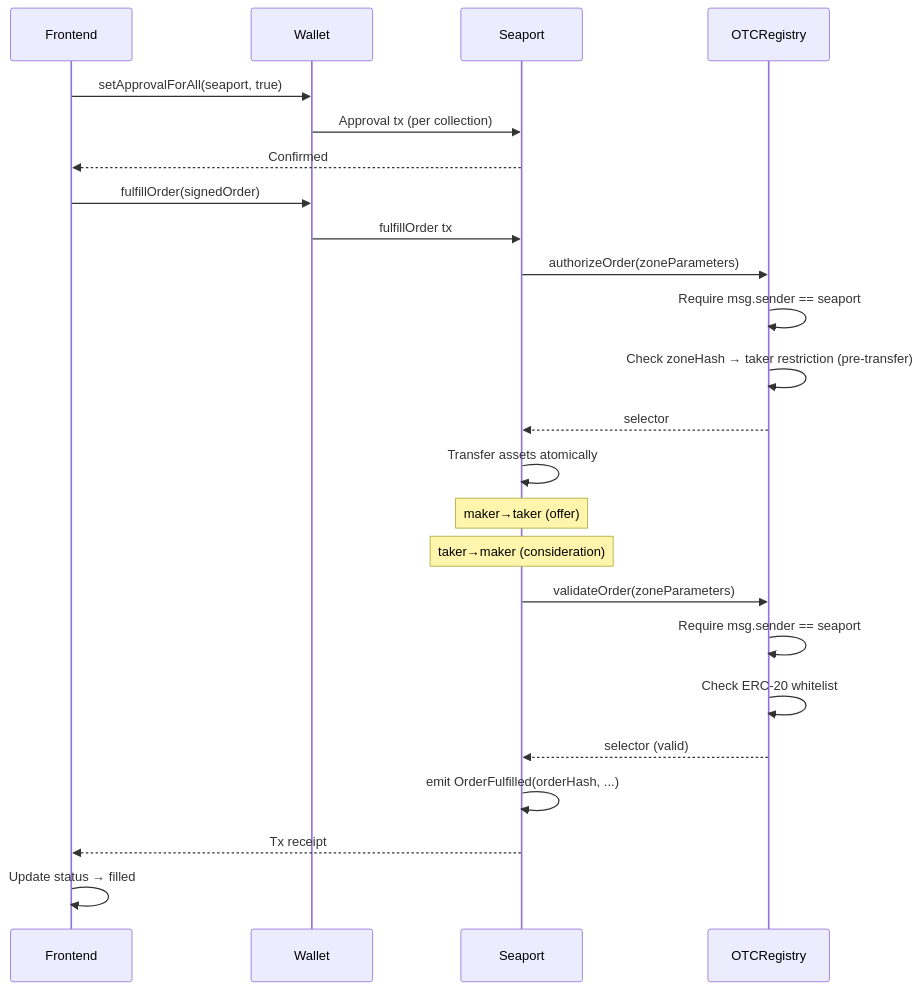
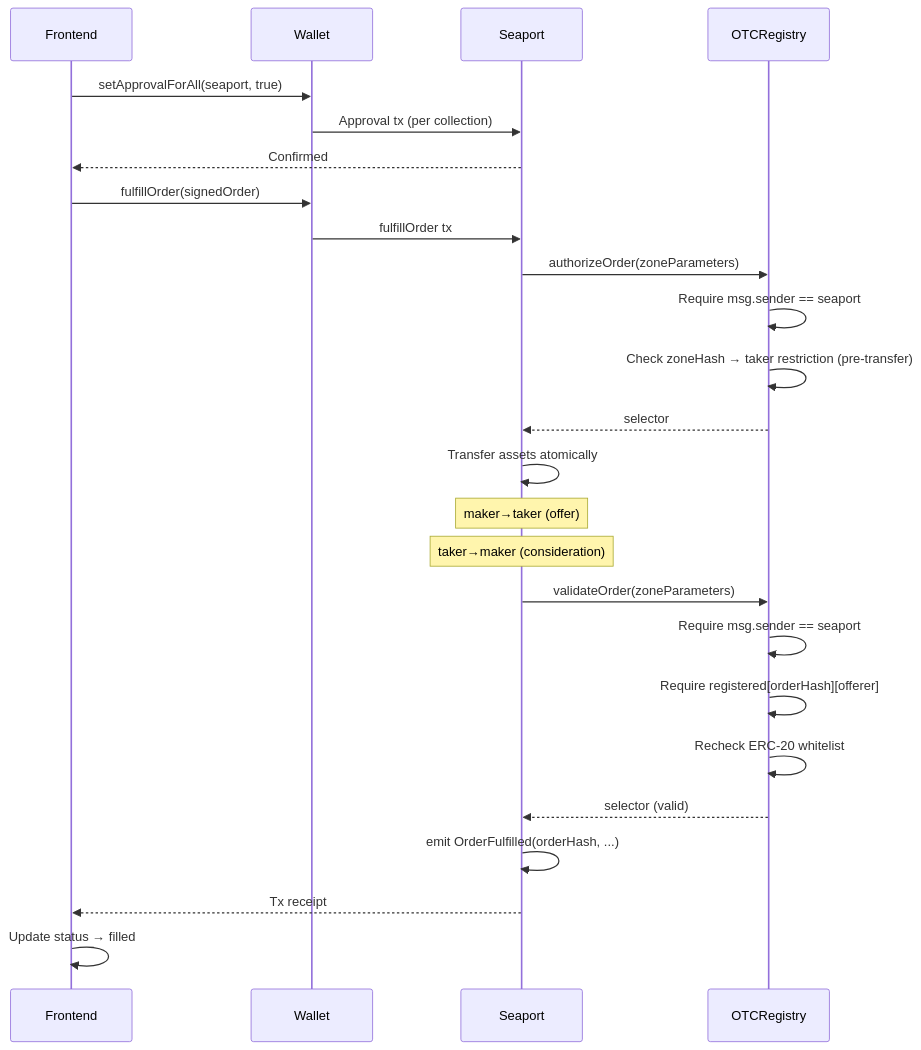
One commit to shukudaidayo/ocarina-trade changed the third of 5 diagrams in docs/flows.md. Above: the diagram before and after it, drawn with Mermaid. The commit also changed other lines of this file and 4 other files, not shown here.

````diff
--- a/docs/flows.md
+++ b/docs/flows.md
@@ -67,33 +79,34 @@
 ```mermaid
 sequenceDiagram
     participant F as Frontend
     participant W as Wallet
     participant S as Seaport
     participant Z as OTCRegistry
 
     F->>W: setApprovalForAll(seaport, true)
     W->>S: Approval tx (per collection)
     S-->>F: Confirmed
 
     F->>W: fulfillOrder(signedOrder)
     W->>S: fulfillOrder tx
 
     S->>Z: authorizeOrder(zoneParameters)
     Z->>Z: Require msg.sender == seaport
     Z->>Z: Check zoneHash → taker restriction (pre-transfer)
     Z-->>S: selector
 
     S->>S: Transfer assets atomically
     Note over S: maker→taker (offer)
     Note over S: taker→maker (consideration)
 
     S->>Z: validateOrder(zoneParameters)
     Z->>Z: Require msg.sender == seaport
-    Z->>Z: Check ERC-20 whitelist
+    Z->>Z: Require registered[orderHash][offerer]
+    Z->>Z: Recheck ERC-20 whitelist
     Z-->>S: selector (valid)
 
     S->>S: emit OrderFulfilled(orderHash, ...)
     S-->>F: Tx receipt
 
     F->>F: Update status → filled
 ```
````
